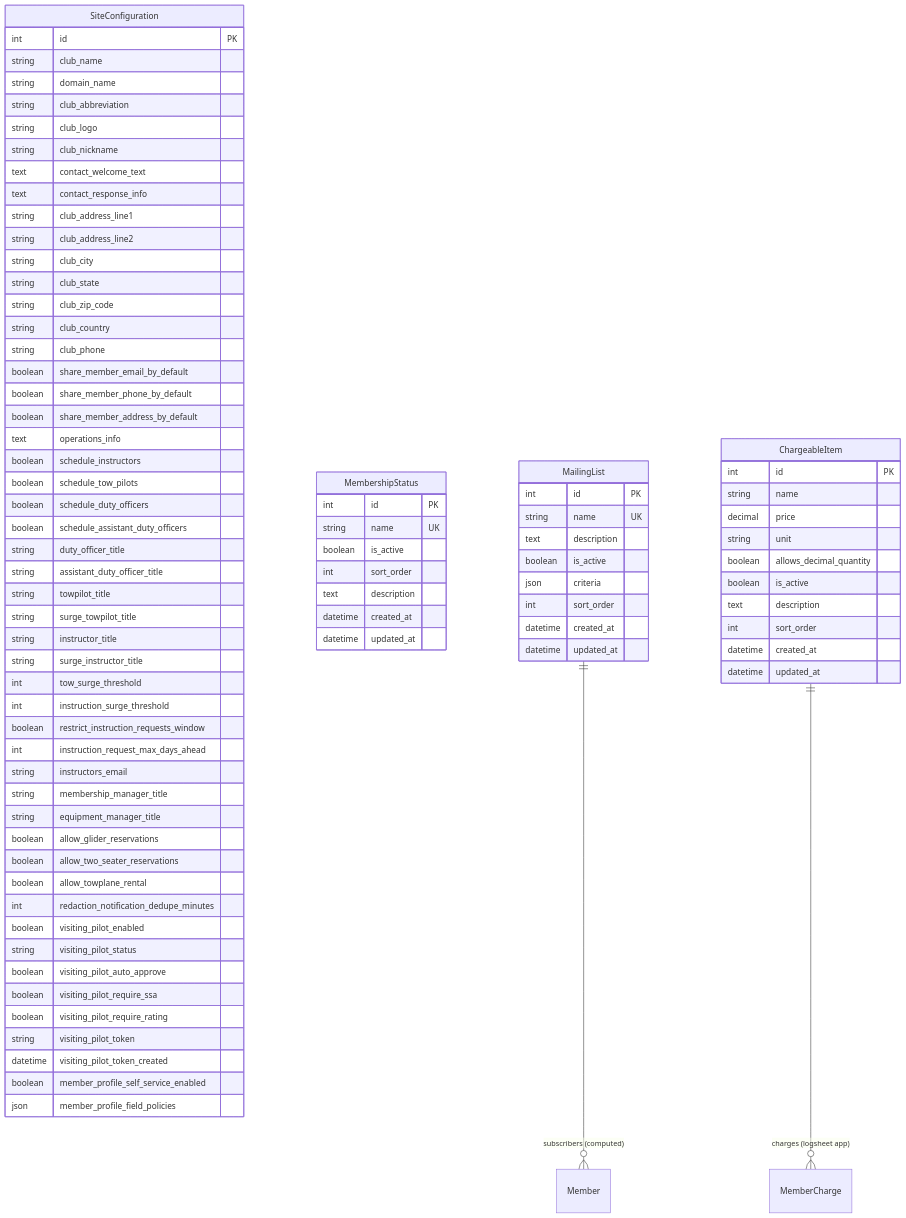
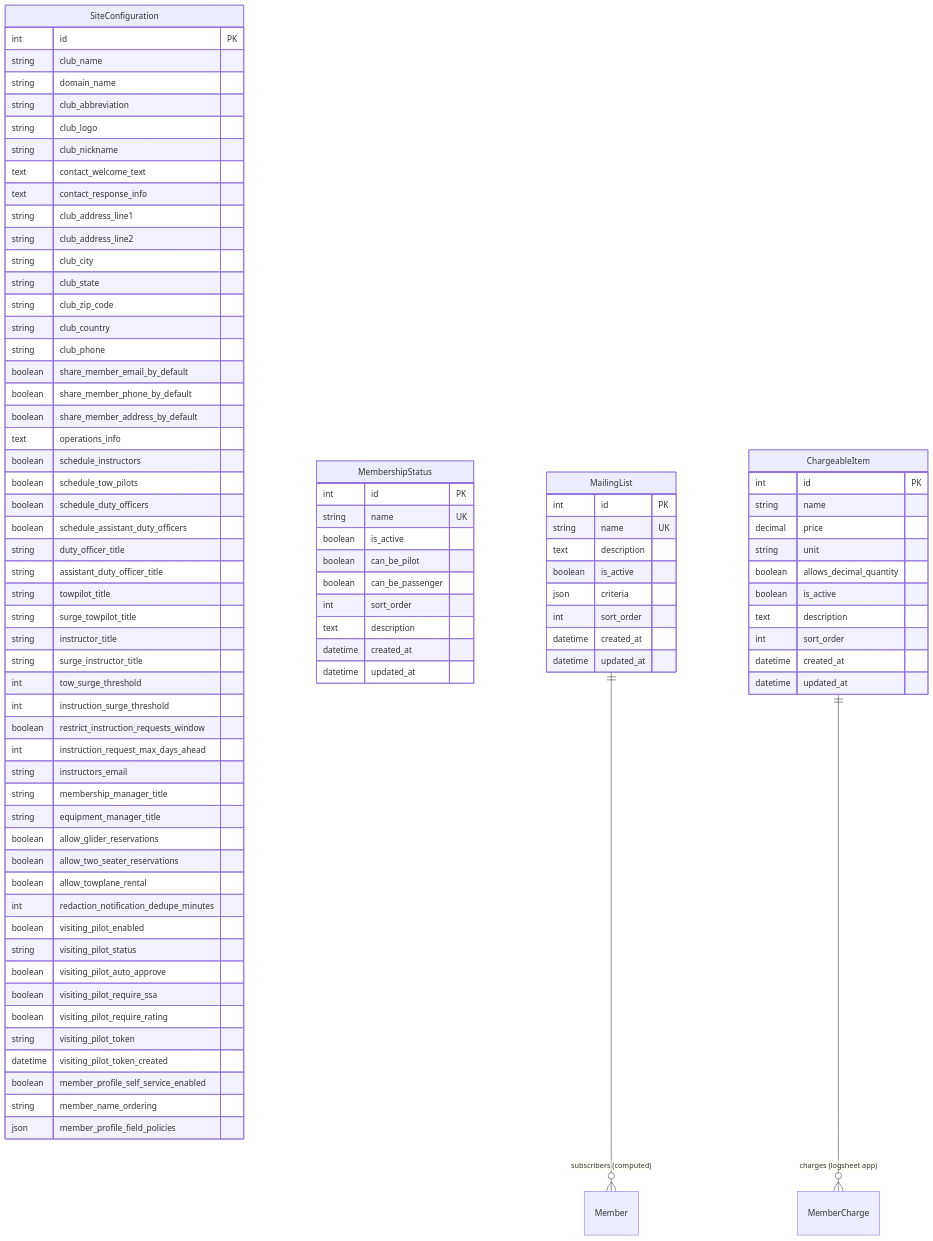
One commit to pietbarber/Manage2Soar changed the diagram in siteconfig/docs/models.md. Above: the diagram before and after it, drawn with Mermaid. The commit also changed other lines of this file and 4 other files, not shown here.

```diff
--- a/siteconfig/docs/models.md
+++ b/siteconfig/docs/models.md
@@ -57,6 +57,7 @@
         string visiting_pilot_token
         datetime visiting_pilot_token_created
         boolean member_profile_self_service_enabled
+        string member_name_ordering
         json member_profile_field_policies
     }
 
@@ -64,6 +65,8 @@
         int id PK
         string name UK
         boolean is_active
+        boolean can_be_pilot
+        boolean can_be_passenger
         int sort_order
         text description
         datetime created_at
```
